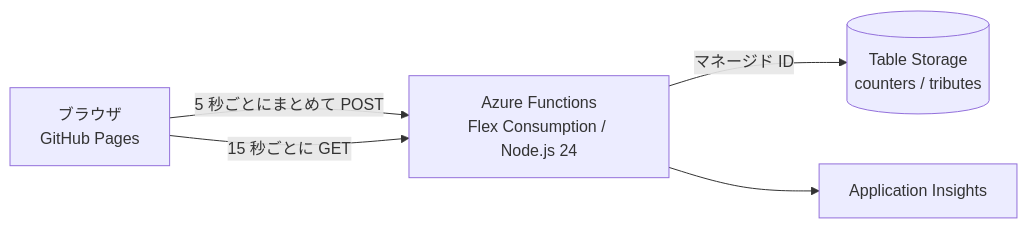
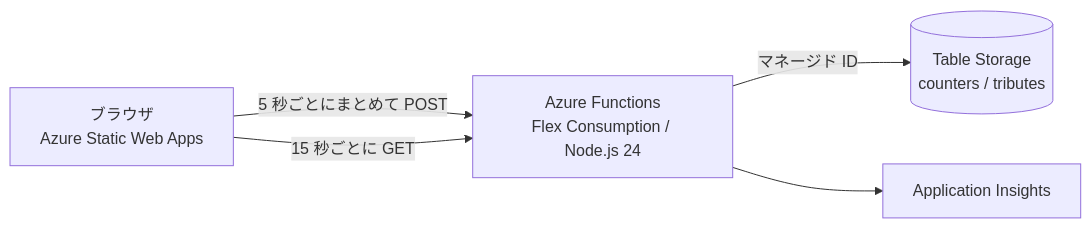
Before and after one commit to shahin99991/Qiita-github: the diagram in public/copilot-harness-memorial.md, drawn with Mermaid. The commit also changed other lines of this file and 3 other files, not shown here.

Commit message:
Update memorial article for Static Web Apps

````diff
--- a/public/copilot-harness-memorial.md
+++ b/public/copilot-harness-memorial.md
@@ -78,7 +79,7 @@
 ```mermaid
 flowchart LR
-  B[ブラウザ<br/>GitHub Pages] -->|5 秒ごとにまとめて POST| F[Azure Functions<br/>Flex Consumption / Node.js 24]
+  B[ブラウザ<br/>Azure Static Web Apps] -->|5 秒ごとにまとめて POST| F[Azure Functions<br/>Flex Consumption / Node.js 24]
   B -->|15 秒ごとに GET| F
   F -->|マネージド ID| T[(Table Storage<br/>counters / tributes)]
   F --> A[Application Insights]
 ```
````
